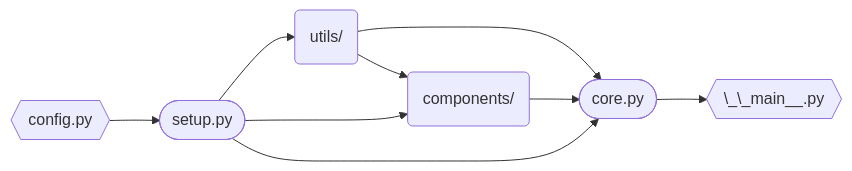
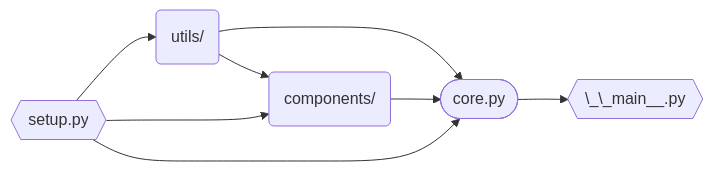
Before and after one commit to matthew-hre/github-bot: the diagram in README.md, drawn with Mermaid. The commit also changed other lines of this file and 23 other files, not shown here.

````diff
--- a/README.md
+++ b/README.md
@@ -161,11 +164,10 @@
 ```mermaid
 flowchart LR;
 
-cfg{{config.py}} --> setup([setup.py])
-setup --> utils(utils/) --> core([core.py])
+setup{{setup.py}} --> utils(utils/) --> core([core.py])
 setup --> components(components/)
 utils --> components
 setup --> core
 components --> core
 core --> main{{\_\_main__.py}}
 ```
````
